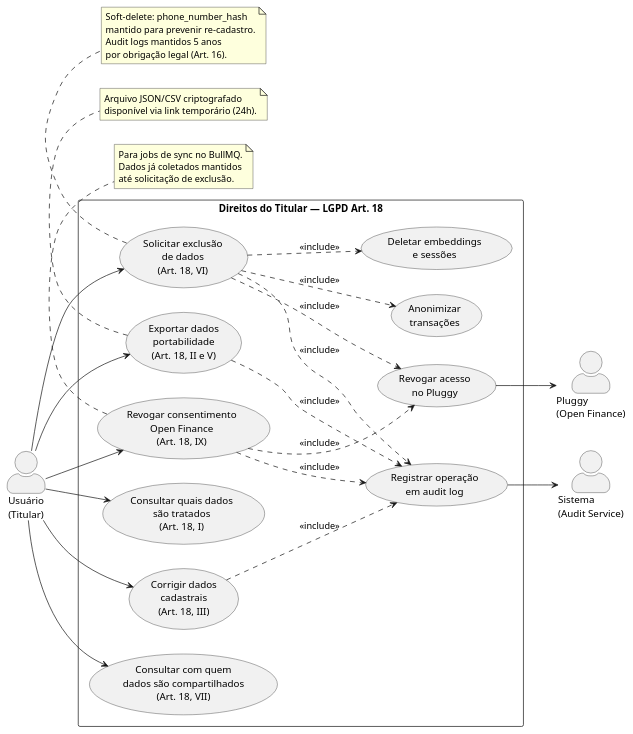
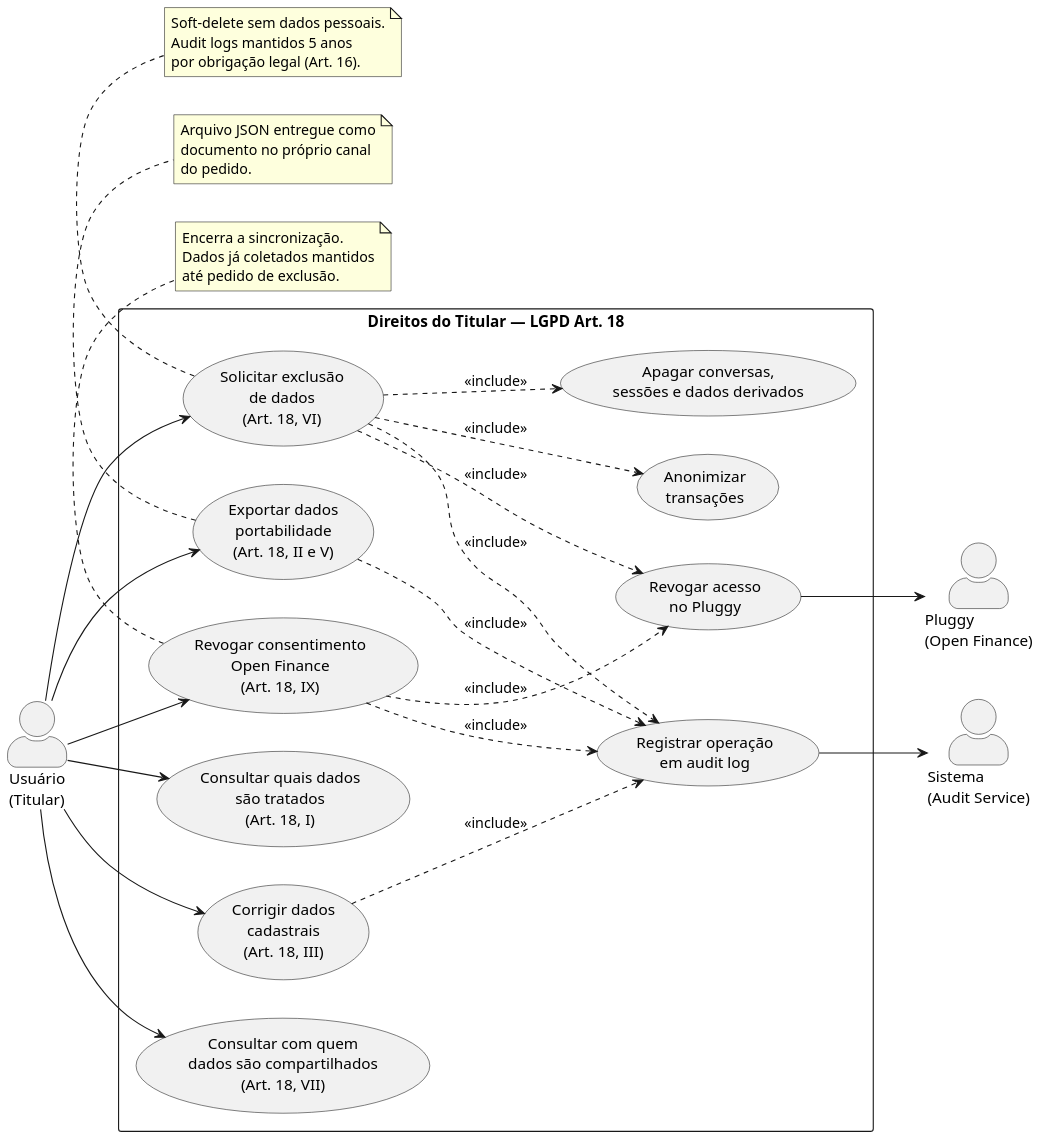
Before and after one commit to eigam-corp/thesis: the diagram in puml/uc04_direitos_lgpd.puml, drawn with PlantUML. The commit also changed 67 other files, not shown here.

```diff
--- a/puml/uc04_direitos_lgpd.puml
+++ b/puml/uc04_direitos_lgpd.puml
@@ -1,61 +1,64 @@
 @startuml UC04 - Direitos do Titular (LGPD Art. 18)
 left to right direction
 skinparam packageStyle rectangle
 skinparam actorStyle awesome
+skinparam defaultFontName Arial
+skinparam shadowing false
+skinparam dpi 150
 
 actor "Usuário\n(Titular)" as U
 actor "Pluggy\n(Open Finance)" as PL
 actor "Sistema\n(Audit Service)" as AUD
 
 rectangle "Direitos do Titular — LGPD Art. 18" {
     usecase "Consultar quais dados\nsão tratados\n(Art. 18, I)" as LC01
     usecase "Exportar dados\nportabilidade\n(Art. 18, II e V)" as LC02
     usecase "Corrigir dados\ncadastrais\n(Art. 18, III)" as LC03
     usecase "Revogar consentimento\nOpen Finance\n(Art. 18, IX)" as LC04
     usecase "Solicitar exclusão\nde dados\n(Art. 18, VI)" as LC05
     usecase "Consultar com quem\ndados são compartilhados\n(Art. 18, VII)" as LC06
     usecase "Registrar operação\nem audit log" as LC07
     usecase "Anonimizar\ntransações" as LC08
     usecase "Revogar acesso\nno Pluggy" as LC09
-    usecase "Deletar embeddings\ne sessões" as LC10
+    usecase "Apagar conversas,\nsessões e dados derivados" as LC10
 }
 
 U --> LC01
 U --> LC02
 U --> LC03
 U --> LC04
 U --> LC05
 U --> LC06
 
 LC02 ..> LC07 : <<include>>
 LC04 ..> LC07 : <<include>>
 LC05 ..> LC07 : <<include>>
 LC03 ..> LC07 : <<include>>
 
 LC05 ..> LC08 : <<include>>
 LC05 ..> LC09 : <<include>>
 LC05 ..> LC10 : <<include>>
 
 LC04 ..> LC09 : <<include>>
 LC09 --> PL
 
 LC07 --> AUD
 
 note bottom of LC05
-  Soft-delete: phone_number_hash
-  mantido para prevenir re-cadastro.
+  Soft-delete sem dados pessoais.
   Audit logs mantidos 5 anos
   por obrigação legal (Art. 16).
 end note
 
 note bottom of LC02
-  Arquivo JSON/CSV criptografado
-  disponível via link temporário (24h).
+  Arquivo JSON entregue como
+  documento no próprio canal
+  do pedido.
 end note
 
 note bottom of LC04
-  Para jobs de sync no BullMQ.
+  Encerra a sincronização.
   Dados já coletados mantidos
-  até solicitação de exclusão.
+  até pedido de exclusão.
 end note
 @enduml
```
